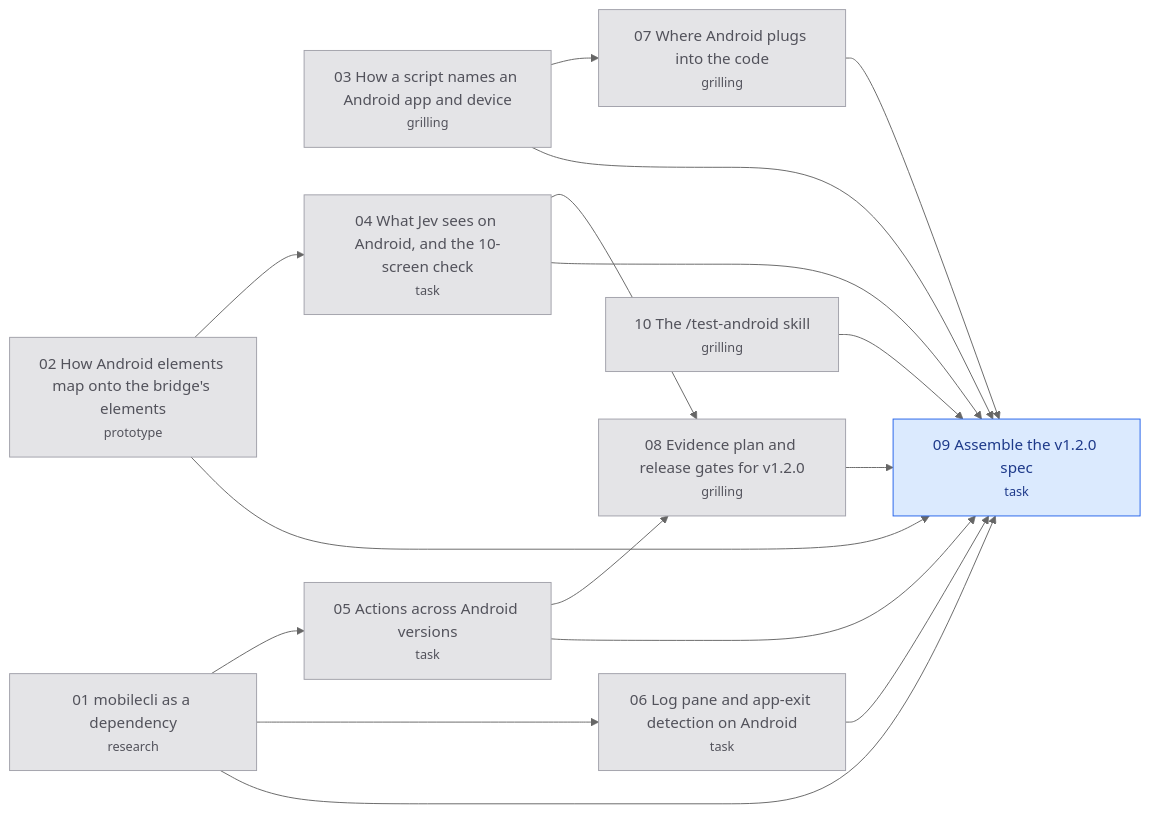
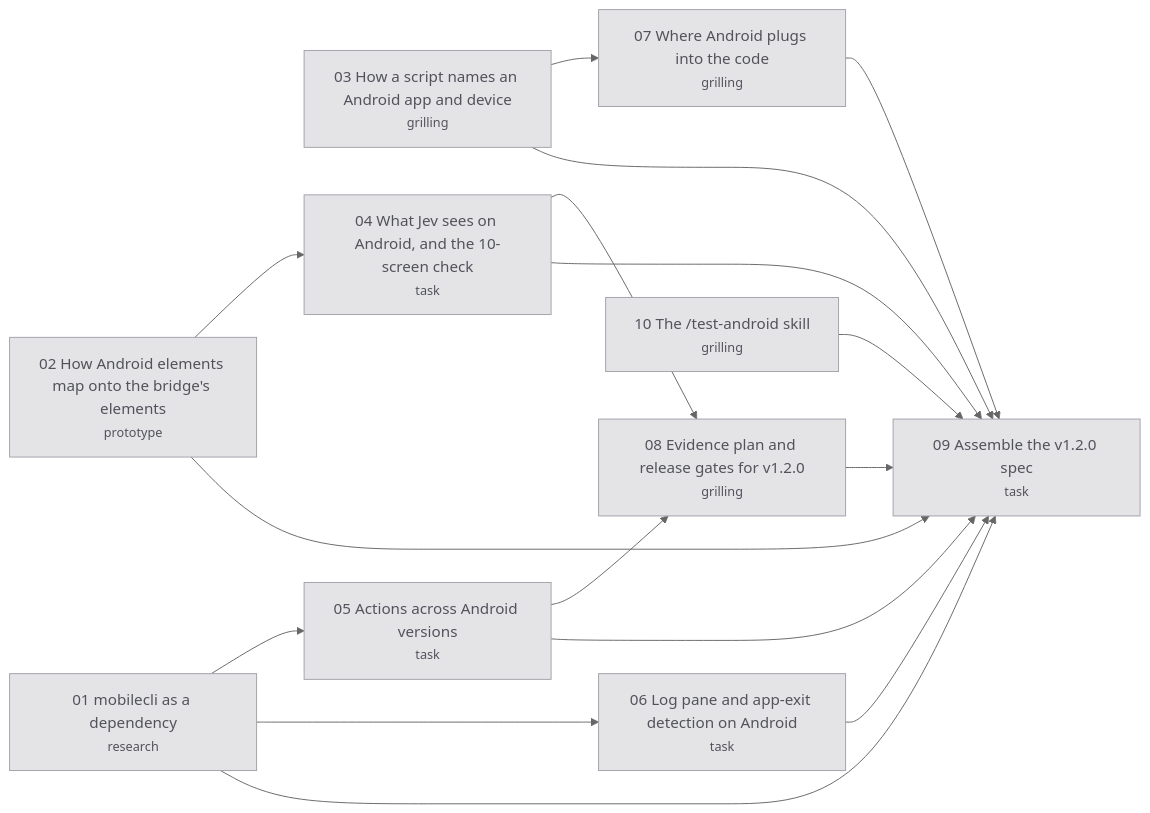
Before and after one commit to hugues-vnsgn/jev-ios-bridge: the diagram in .scratch/android-support/map.md, drawn with Mermaid (neutral theme). The commit also changed other lines of this file and 4 other files, not shown here.

````diff
--- a/.scratch/android-support/map.md
+++ b/.scratch/android-support/map.md
@@ -50,34 +51,33 @@
 ```mermaid
 flowchart LR
     T01["01 mobilecli as a dependency<br/><small>research</small>"]
     T02["02 How Android elements map onto the bridge's elements<br/><small>prototype</small>"]
     T03["03 How a script names an Android app and device<br/><small>grilling</small>"]
     T04["04 What Jev sees on Android, and the 10-screen check<br/><small>task</small>"]
     T05["05 Actions across Android versions<br/><small>task</small>"]
     T06["06 Log pane and app-exit detection on Android<br/><small>task</small>"]
     T07["07 Where Android plugs into the code<br/><small>grilling</small>"]
     T08["08 Evidence plan and release gates for v1.2.0<br/><small>grilling</small>"]
     T09["09 Assemble the v1.2.0 spec<br/><small>task</small>"]
     T10["10 The /test-android skill<br/><small>grilling</small>"]
     T02 --> T04
     T01 --> T05
     T01 --> T06
     T03 --> T07
     T04 --> T08
     T05 --> T08
     T01 --> T09
     T02 --> T09
     T03 --> T09
     T04 --> T09
     T05 --> T09
     T06 --> T09
     T07 --> T09
     T08 --> T09
     T10 --> T09
     classDef resolved fill:#e4e4e7,stroke:#a1a1aa,color:#52525b
     classDef claimed fill:#dbeafe,stroke:#2563eb,color:#1e3a8a
     classDef frontier fill:#dcfce7,stroke:#16a34a,color:#14532d,stroke-width:2px
     classDef blocked fill:#ffffff,stroke:#a1a1aa,color:#18181b
-    class T01,T02,T03,T04,T05,T06,T07,T08,T10 resolved
-    class T09 claimed
+    class T01,T02,T03,T04,T05,T06,T07,T08,T09,T10 resolved
 ```
````
